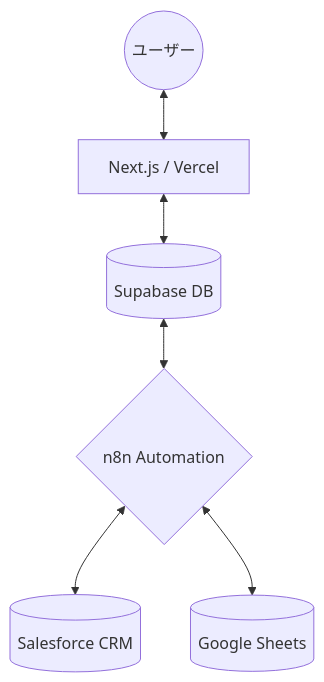
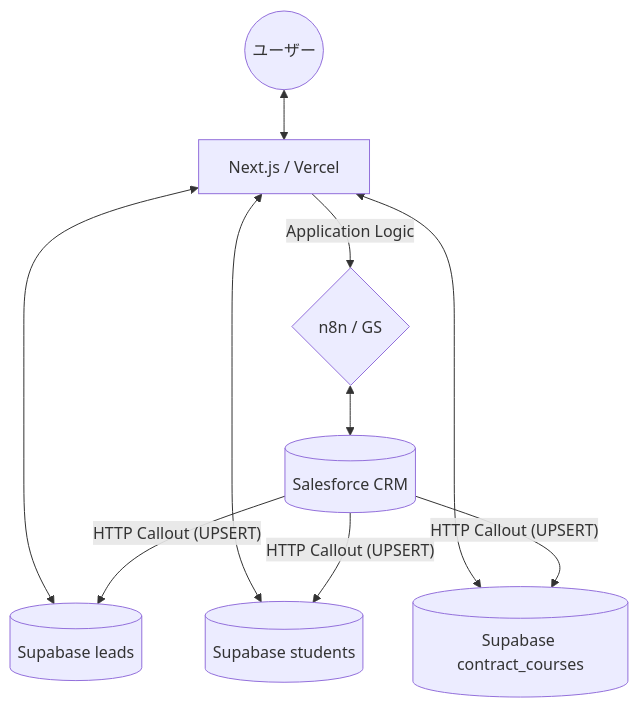
One commit to EI-dev2525/Student-line-Page changed the diagram in SPECIFICATION.md. Above: the diagram before and after it, drawn with Mermaid. The commit also changed other lines of this file and 14 other files, not shown here.

Commit message:
feat: split requests table, unified summary card UI, SF-ID based architecture (v1.6)

````diff
--- a/SPECIFICATION.md
+++ b/SPECIFICATION.md
@@ -89,8 +102,12 @@
 ```mermaid
 graph TD
     User((ユーザー)) <--> NextJS[Next.js / Vercel]
-    NextJS <--> Supabase[(Supabase DB)]
-    Supabase <--> n8n{n8n Automation}
-    n8n <--> SF[(Salesforce CRM)]
-    n8n <--> GS[(Google Sheets)]
+    NextJS <--> Supabase_Leads[(Supabase leads)]
+    NextJS <--> Supabase_Students[(Supabase students)]
+    NextJS <--> Supabase_Courses[(Supabase contract_courses)]
+    SF[(Salesforce CRM)] -- "HTTP Callout (UPSERT)" --> Supabase_Leads
+    SF -- "HTTP Callout (UPSERT)" --> Supabase_Students
+    SF -- "HTTP Callout (UPSERT)" --> Supabase_Courses
+    NextJS -- "Application Logic" --> n8n{n8n / GS}
+    n8n <--> SF
 ```
````
